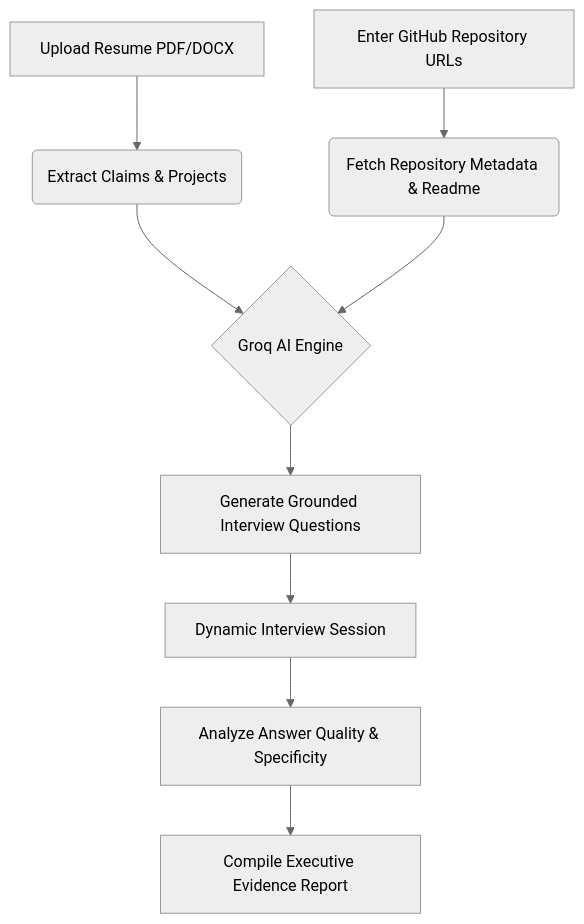
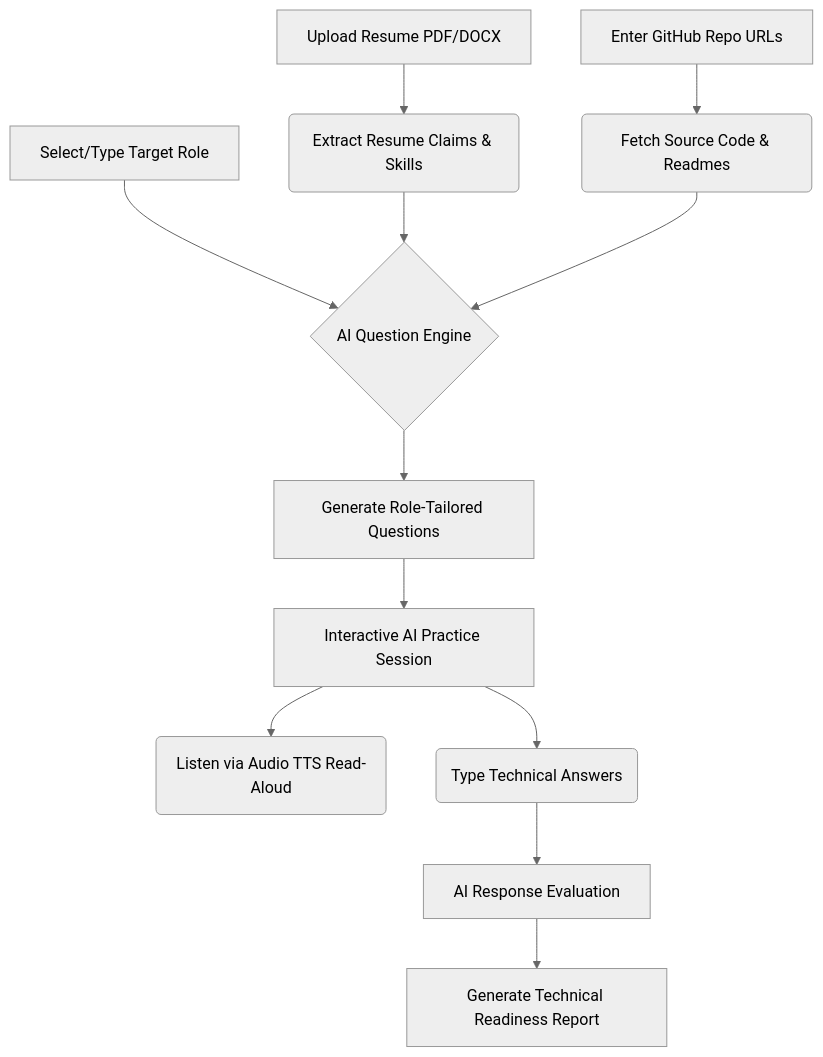
The diagram in README.md (Coreoflore/Hackathon-Test), drawn with Mermaid (neutral theme) before and after one commit. The commit also changed other lines of this file and 3 other files, not shown here.

````diff
--- a/README.md
+++ b/README.md
@@ -17,11 +38,14 @@
 ```mermaid
 graph TD
-    A[Upload Resume PDF/DOCX] --> B(Extract Claims & Projects)
-    C[Enter GitHub Repository URLs] --> D(Fetch Repository Metadata & Readme)
-    B --> E{Groq AI Engine}
-    D --> E
-    E --> F[Generate Grounded Interview Questions]
-    F --> G[Dynamic Interview Session]
-    G --> H[Analyze Answer Quality & Specificity]
-    H --> I[Compile Executive Evidence Report]
+    A[Upload Resume PDF/DOCX] --> B(Extract Resume Claims & Skills)
+    C[Enter GitHub Repo URLs] --> D(Fetch Source Code & Readmes)
+    E[Select/Type Target Role] --> F{AI Question Engine}
+    B --> F
+    D --> F
+    F --> G[Generate Role-Tailored Questions]
+    G --> H[Interactive AI Practice Session]
+    H --> I(Listen via Audio TTS Read-Aloud)
+    H --> J(Type Technical Answers)
+    J --> K[AI Response Evaluation]
+    K --> L[Generate Technical Readiness Report]
 ```
````
